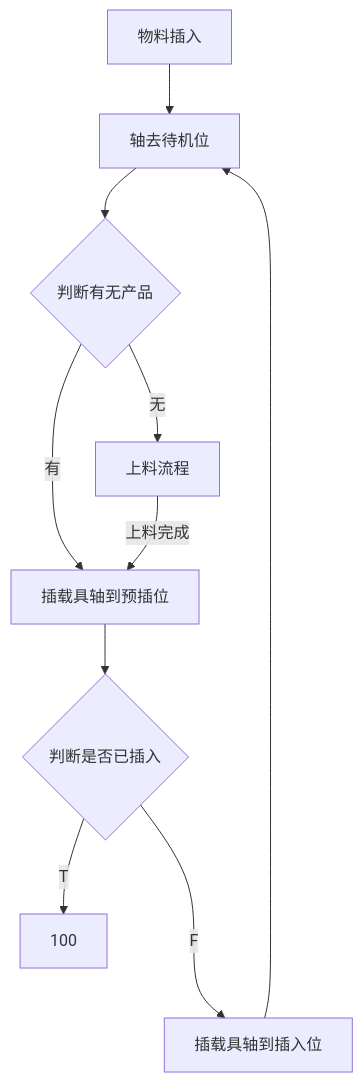
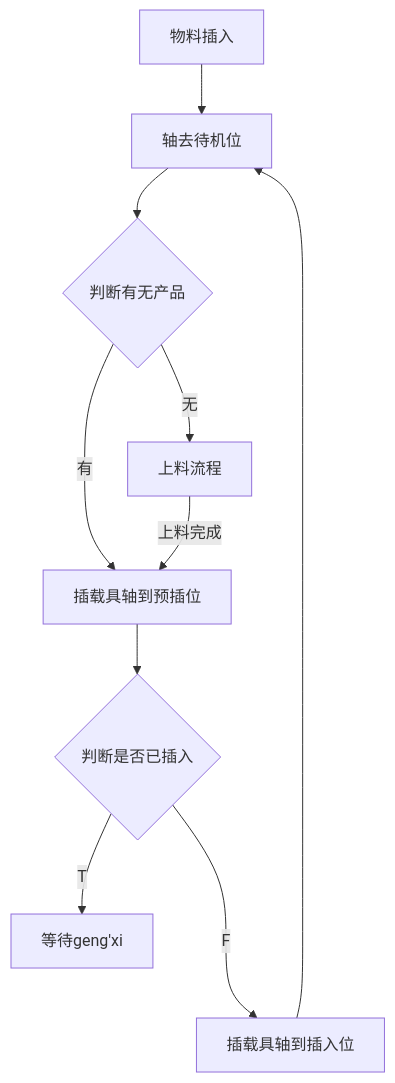
One commit to zmq000/iodraw-files changed the diagram in all/VR-OP90物料插入.md. Above: the diagram before and after it, drawn with Mermaid.

Commit message:
2026-06-18 16:06:26 update

````diff
--- a/all/VR-OP90物料插入.md
+++ b/all/VR-OP90物料插入.md
@@ -1,13 +1,13 @@
 ```mermaid
 graph TD
 0[物料插入]-->10
 10[轴去待机位]-->20
 20{判断有无产品}-->|无|30
 20--->|有|60
 30[上料流程]-->|上料完成|60
 60[插载具轴到预插位]-->70
 70{判断是否已插入}--->|F|80
 70-->|T|100
 80[插载具轴到插入位]-->10
-100
+100[等待geng'xi]
 ```
````
